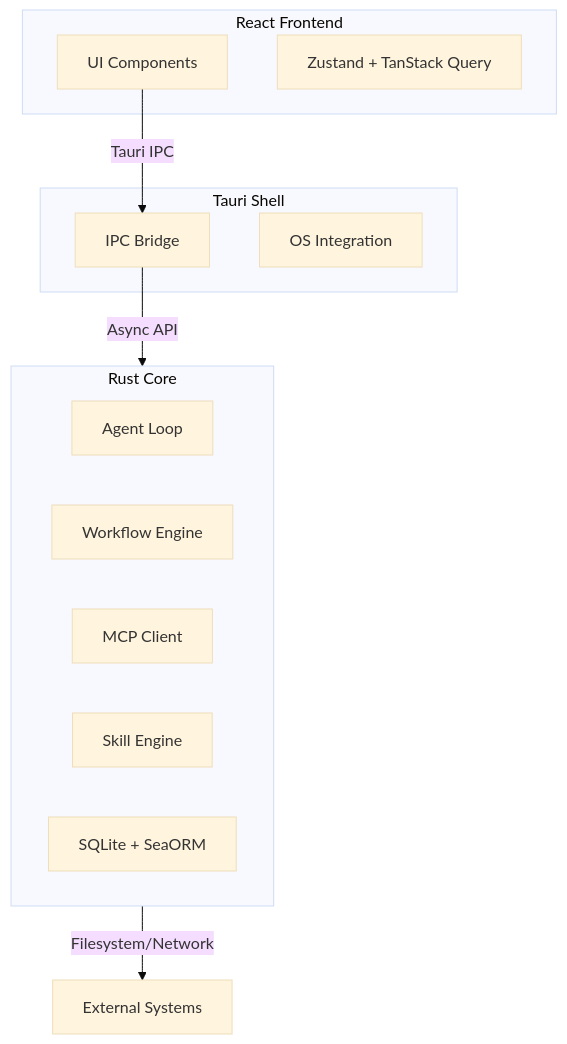
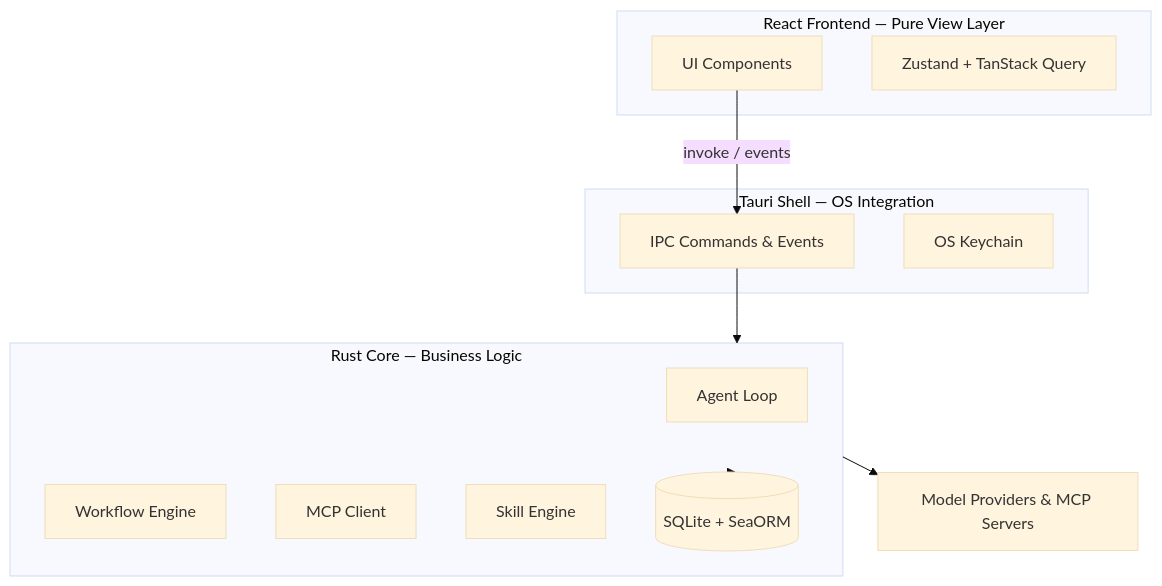
One commit to elcoosp/skilldeck changed the diagram in README.md. Above: the diagram before and after it, drawn with Mermaid (base theme). The commit also changed other lines of this file and 2 other files, not shown here.

````diff
--- a/README.md
+++ b/README.md
@@ -92,24 +51,25 @@
 ```mermaid
 graph TB
-    subgraph Frontend ["React Frontend"]
+    subgraph Frontend["React Frontend — Pure View Layer"]
         UI[UI Components]
         State[Zustand + TanStack Query]
     end
 
-    subgraph Shell ["Tauri Shell"]
-        IPC[IPC Bridge]
-        OS[OS Integration]
+    subgraph Shell["Tauri Shell — OS Integration"]
+        IPC[IPC Commands & Events]
+        Keychain[OS Keychain]
     end
 
-    subgraph Core ["Rust Core"]
+    subgraph Core["Rust Core — Business Logic"]
         Agent[Agent Loop]
         Workflow[Workflow Engine]
         MCP[MCP Client]
         Skill[Skill Engine]
-        DB[SQLite + SeaORM]
+        DB[(SQLite + SeaORM)]
     end
 
-    UI -- Tauri IPC --> IPC
-    IPC -- Async API --> Core
-    Core -- Filesystem/Network --> External[External Systems]
+    UI -- invoke / events --> IPC
+    IPC --> Core
+    Core --> DB
+    Core --> External[Model Providers & MCP Servers]
 ```
````
